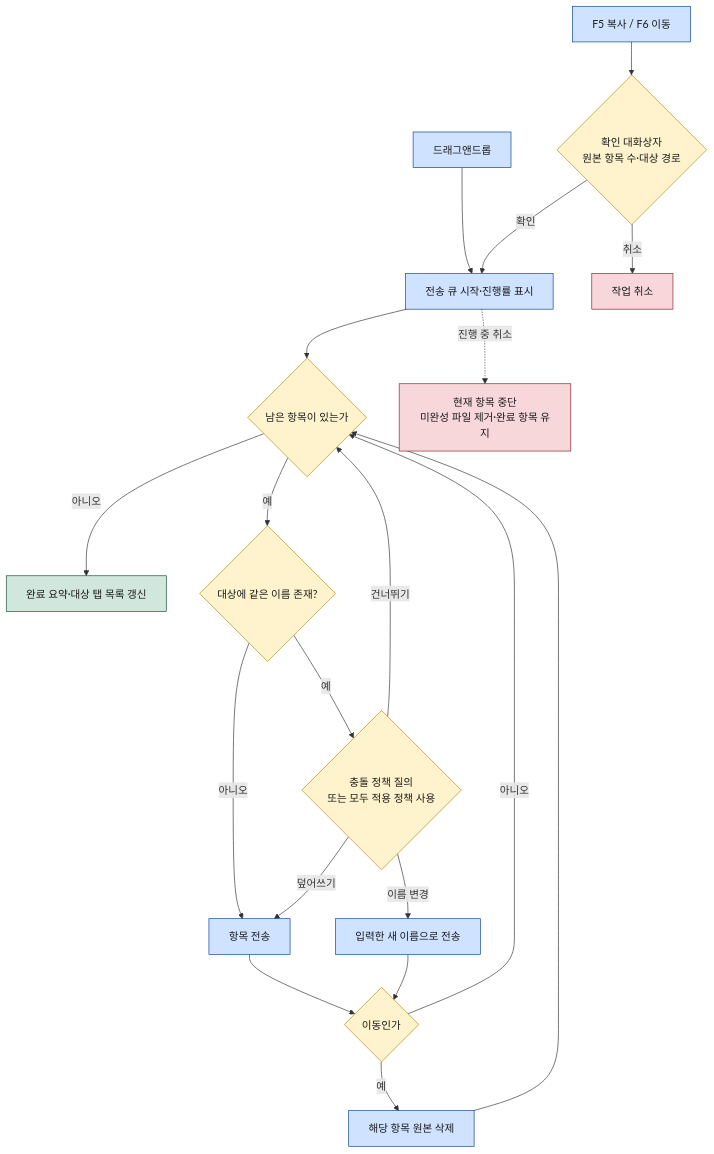
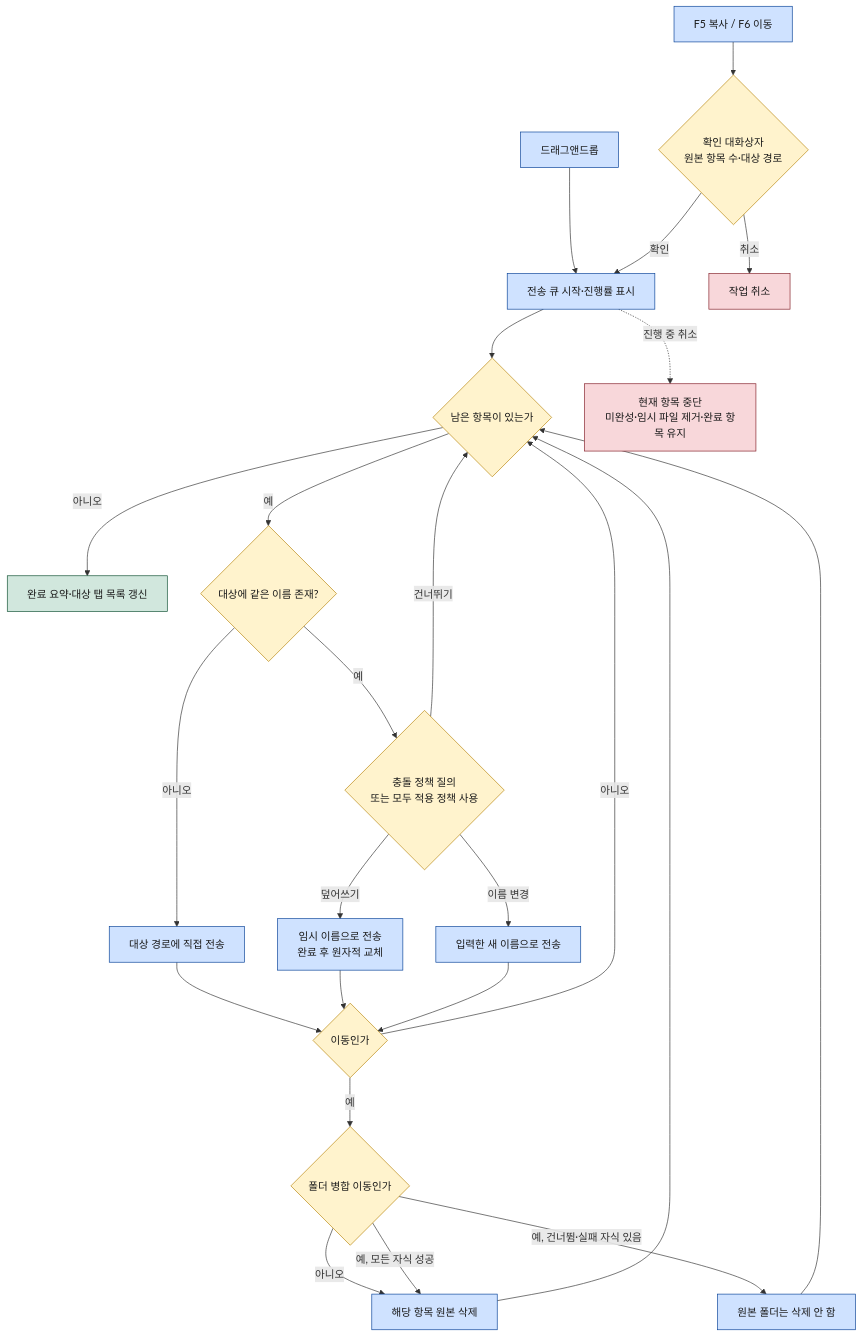
Before and after one commit to gyuha/work-deck: the diagram in docs/features/file-manager.md, drawn with Mermaid. The commit also changed other lines of this file and 11 other files, not shown here.

````diff
--- a/docs/features/file-manager.md
+++ b/docs/features/file-manager.md
@@ -74,30 +81,35 @@
 ```mermaid
 flowchart TD
     A[F5 복사 / F6 이동] --> B{확인 대화상자<br/>원본 항목 수·대상 경로}
     A2[드래그앤드롭] --> C
     B -->|확인| C[전송 큐 시작·진행률 표시]
     B -->|취소| X[작업 취소]
     C --> D{남은 항목이 있는가}
     D -->|아니오| M[완료 요약·대상 탭 목록 갱신]
     D -->|예| E{대상에 같은 이름 존재?}
-    E -->|아니오| G[항목 전송]
+    E -->|아니오| G[대상 경로에 직접 전송]
     E -->|예| F{충돌 정책 질의<br/>또는 모두 적용 정책 사용}
-    F -->|덮어쓰기| G
+    F -->|덮어쓰기| G3[임시 이름으로 전송<br/>완료 후 원자적 교체]
     F -->|이름 변경| G2[입력한 새 이름으로 전송]
     F -->|건너뛰기| D
     G --> H{이동인가}
+    G3 --> H
     G2 --> H
-    H -->|예| I[해당 항목 원본 삭제]
+    H -->|예| I{"폴더 병합 이동인가"}
+    I -->|아니오| I2[해당 항목 원본 삭제]
+    I -->|예, 모든 자식 성공| I2
+    I -->|예, 건너뜀·실패 자식 있음| I3[원본 폴더는 삭제 안 함]
     H -->|아니오| D
-    I --> D
-    C -.진행 중 취소.-> K[현재 항목 중단<br/>미완성 파일 제거·완료 항목 유지]
+    I2 --> D
+    I3 --> D
+    C -.진행 중 취소.-> K[현재 항목 중단<br/>미완성·임시 파일 제거·완료 항목 유지]
 
     classDef decision fill:#FFF3CD,stroke:#B8860B,color:#1a1a1a
     classDef action fill:#CFE2FF,stroke:#084298,color:#1a1a1a
     classDef done fill:#D1E7DD,stroke:#0F5132,color:#1a1a1a
     classDef warn fill:#F8D7DA,stroke:#842029,color:#1a1a1a
-    class B,D,E,F,H decision
-    class A,A2,C,G,G2,I action
+    class B,D,E,F,H,I decision
+    class A,A2,C,G,G2,G3,I2,I3 action
     class M done
     class X,K warn
 ```
````
